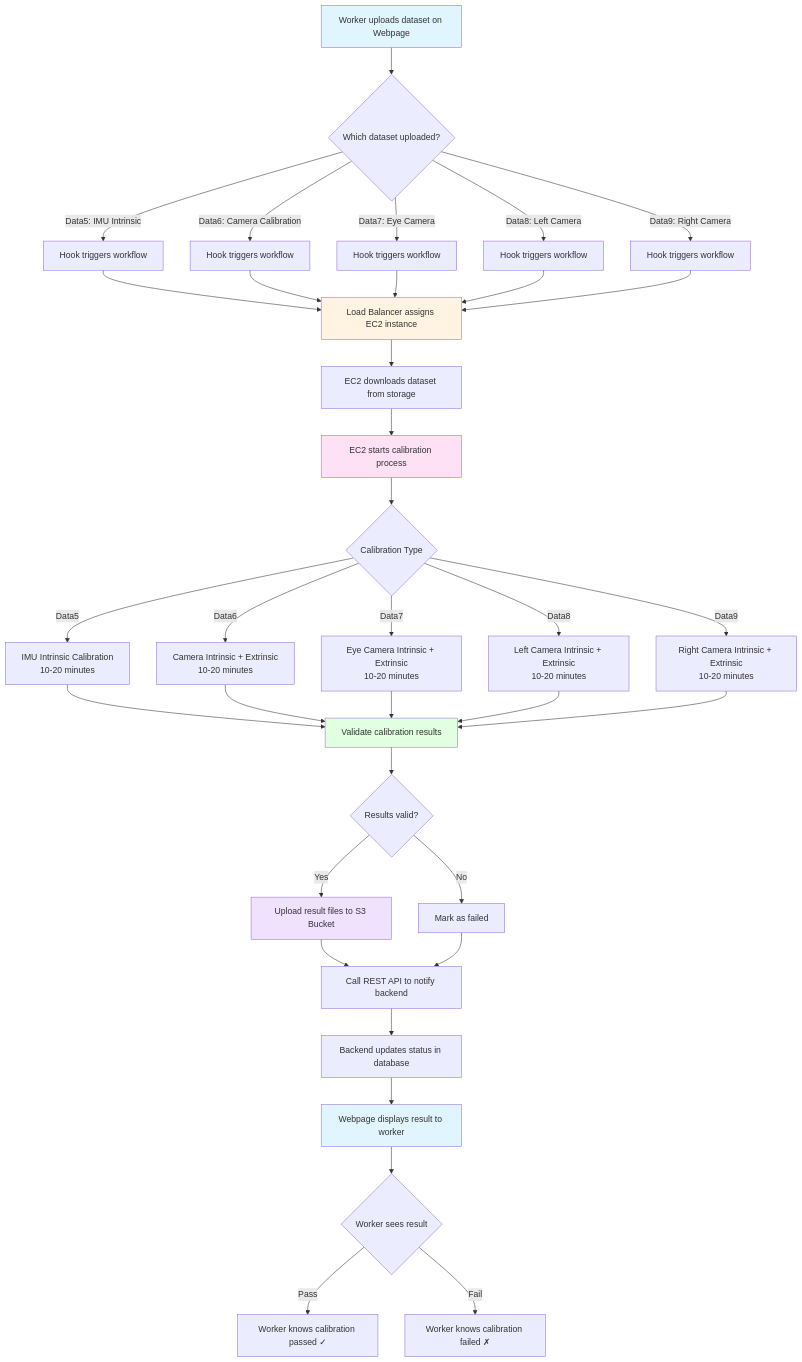
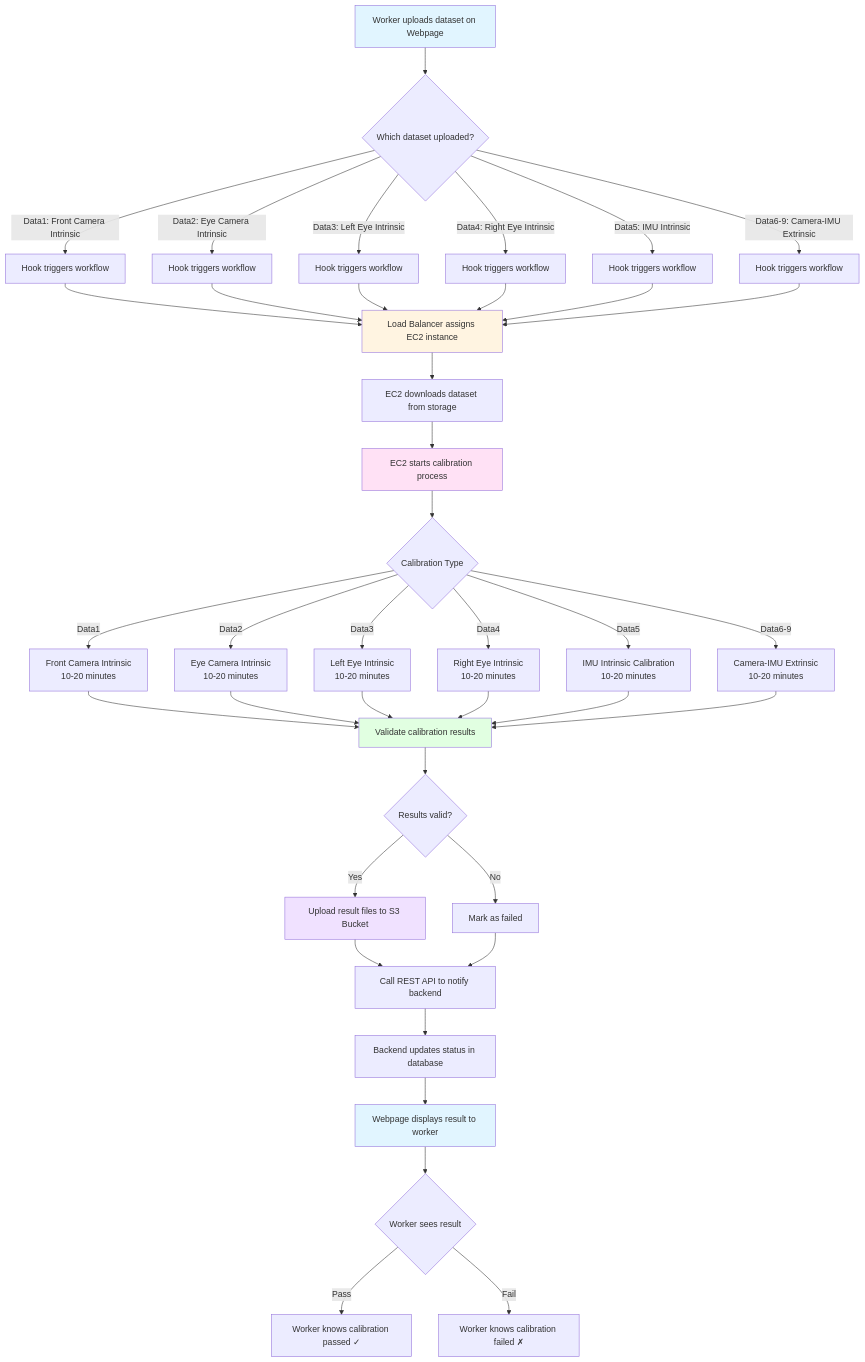
Before and after one commit to frodobots-org/robocap-tools: the diagram in README.md, drawn with Mermaid. The commit also changed other lines of this file and 6 other files, not shown here.

````diff
--- a/README.md
+++ b/README.md
@@ -406,54 +437,58 @@
 ```mermaid
 flowchart TD
     A[Worker uploads dataset on Webpage] --> B{Which dataset uploaded?}
     
-    B -->|Data5: IMU Intrinsic| C1[Hook triggers workflow]
-    B -->|Data6: Camera Calibration| C2[Hook triggers workflow]
-    B -->|Data7: Eye Camera| C3[Hook triggers workflow]
-    B -->|Data8: Left Camera| C4[Hook triggers workflow]
-    B -->|Data9: Right Camera| C5[Hook triggers workflow]
+    B -->|Data1: Front Camera Intrinsic| C1[Hook triggers workflow]
+    B -->|Data2: Eye Camera Intrinsic| C2[Hook triggers workflow]
+    B -->|Data3: Left Eye Intrinsic| C3[Hook triggers workflow]
+    B -->|Data4: Right Eye Intrinsic| C4[Hook triggers workflow]
+    B -->|Data5: IMU Intrinsic| C5[Hook triggers workflow]
+    B -->|Data6-9: Camera-IMU Extrinsic| C6[Hook triggers workflow]
     
     C1 --> D[Load Balancer assigns EC2 instance]
     C2 --> D
     C3 --> D
     C4 --> D
     C5 --> D
+    C6 --> D
     
     D --> E[EC2 downloads dataset from storage]
     E --> F[EC2 starts calibration process]
     
     F --> G{Calibration Type}
-    G -->|Data5| H1[IMU Intrinsic Calibration<br/>10-20 minutes]
-    G -->|Data6| H2[Camera Intrinsic + Extrinsic<br/>10-20 minutes]
-    G -->|Data7| H3[Eye Camera Intrinsic + Extrinsic<br/>10-20 minutes]
-    G -->|Data8| H4[Left Camera Intrinsic + Extrinsic<br/>10-20 minutes]
-    G -->|Data9| H5[Right Camera Intrinsic + Extrinsic<br/>10-20 minutes]
+    G -->|Data1| H1[Front Camera Intrinsic<br/>10-20 minutes]
+    G -->|Data2| H2[Eye Camera Intrinsic<br/>10-20 minutes]
+    G -->|Data3| H3[Left Eye Intrinsic<br/>10-20 minutes]
+    G -->|Data4| H4[Right Eye Intrinsic<br/>10-20 minutes]
+    G -->|Data5| H5[IMU Intrinsic Calibration<br/>10-20 minutes]
+    G -->|Data6-9| H6[Camera-IMU Extrinsic<br/>10-20 minutes]
     
     H1 --> I[Validate calibration results]
     H2 --> I
     H3 --> I
     H4 --> I
     H5 --> I
+    H6 --> I
     
     I --> J{Results valid?}
     
     J -->|Yes| K1[Upload result files to S3 Bucket]
     J -->|No| L[Mark as failed]
     
     K1 --> K2[Call REST API to notify backend]
     L --> K2
     
     K2 --> M[Backend updates status in database]
     M --> N[Webpage displays result to worker]
     
     N --> O{Worker sees result}
     O -->|Pass| P[Worker knows calibration passed ✓]
     O -->|Fail| Q[Worker knows calibration failed ✗]
     
     style A fill:#e1f5ff
     style D fill:#fff4e1
     style F fill:#ffe1f5
     style I fill:#e1ffe1
     style K1 fill:#f0e1ff
     style N fill:#e1f5ff
 ```
````
